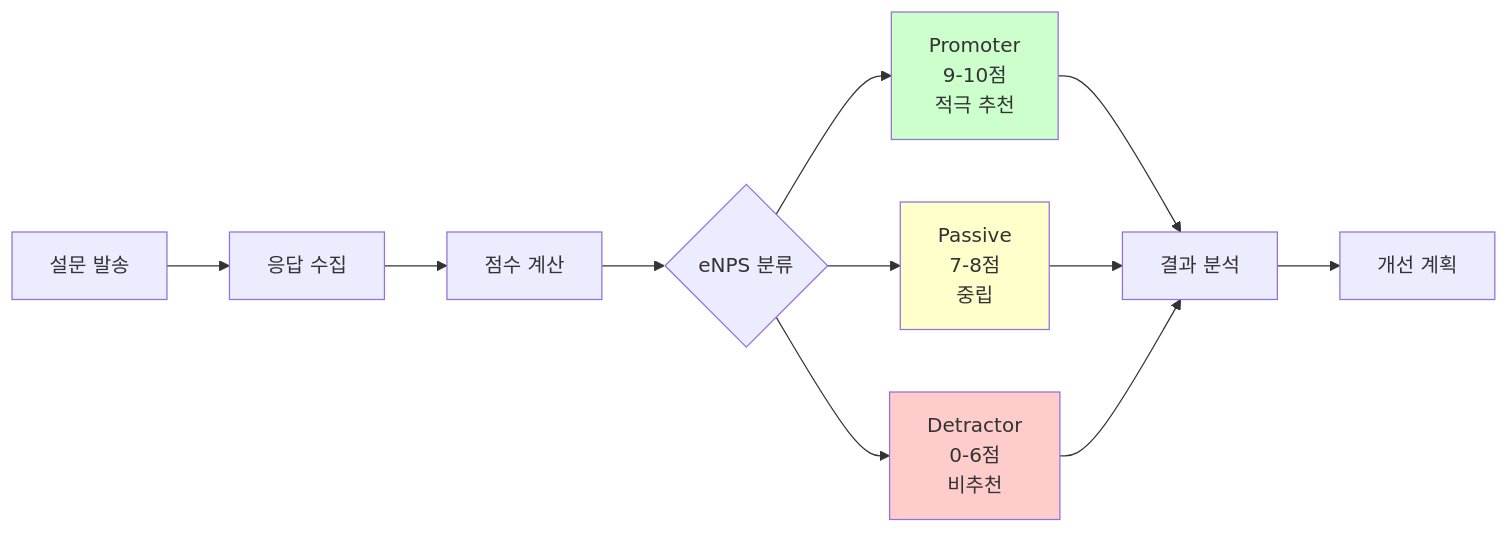
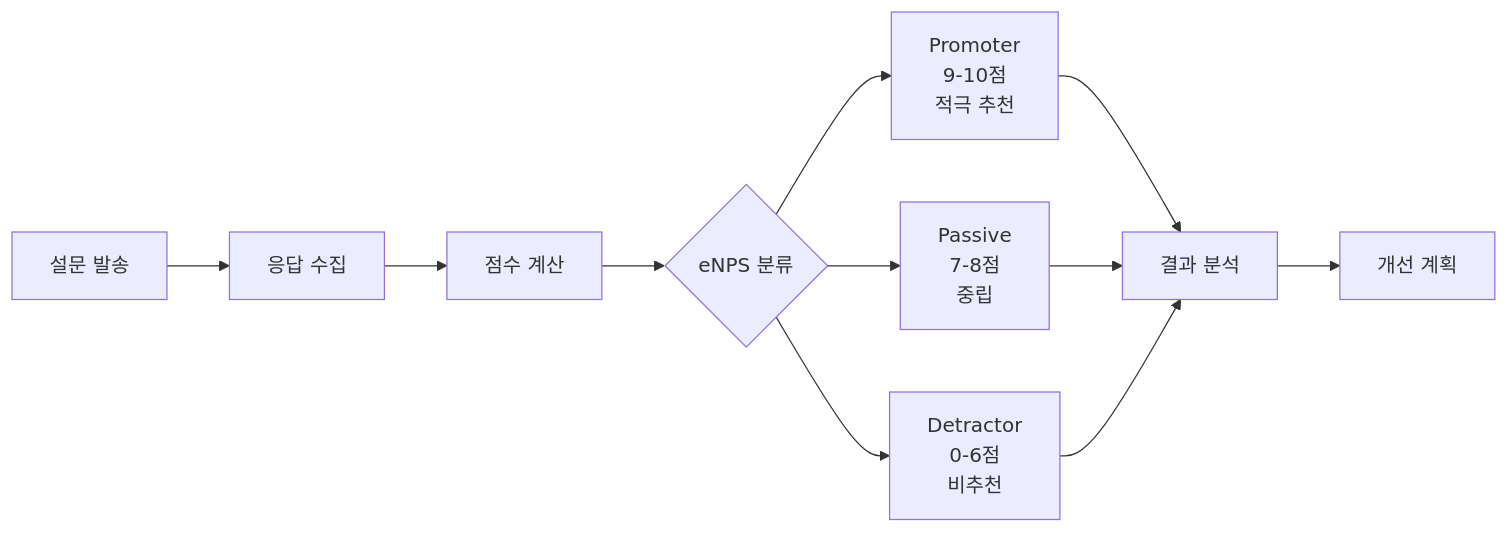
The seventh of 8 diagrams in _md/genai-notion/chapter09/09-2.md (nugurejeil/weniVooks), drawn with Mermaid before and after one commit. The commit also changed other lines of this file and 187 other files, not shown here.

````diff
--- a/_md/genai-notion/chapter09/09-2.md
+++ b/_md/genai-notion/chapter09/09-2.md
@@ -655,17 +636,13 @@
 ```mermaid
 graph LR
     A[설문 발송] --> B[응답 수집]
     B --> C[점수 계산]
     C --> D{eNPS 분류}
 
     D --> E[Promoter<br/>9-10점<br/>적극 추천]
     D --> F[Passive<br/>7-8점<br/>중립]
     D --> G[Detractor<br/>0-6점<br/>비추천]
 
     E & F & G --> H[결과 분석]
     H --> I[개선 계획]
-
-    style E fill:#ccffcc
-    style F fill:#ffffcc
-    style G fill:#ffcccc
 ```
````
